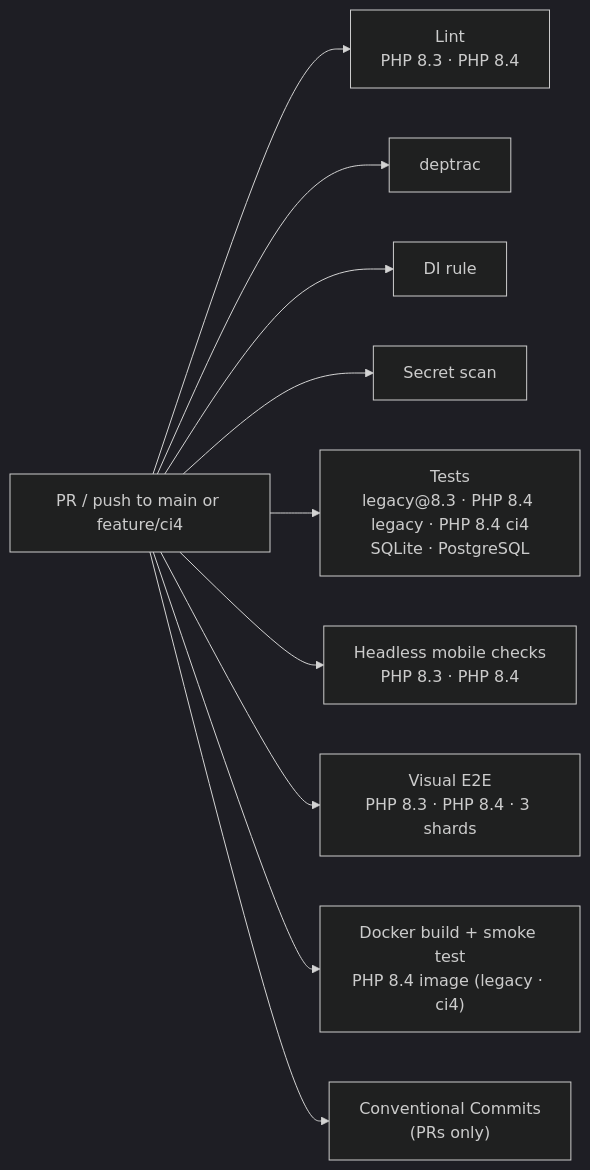
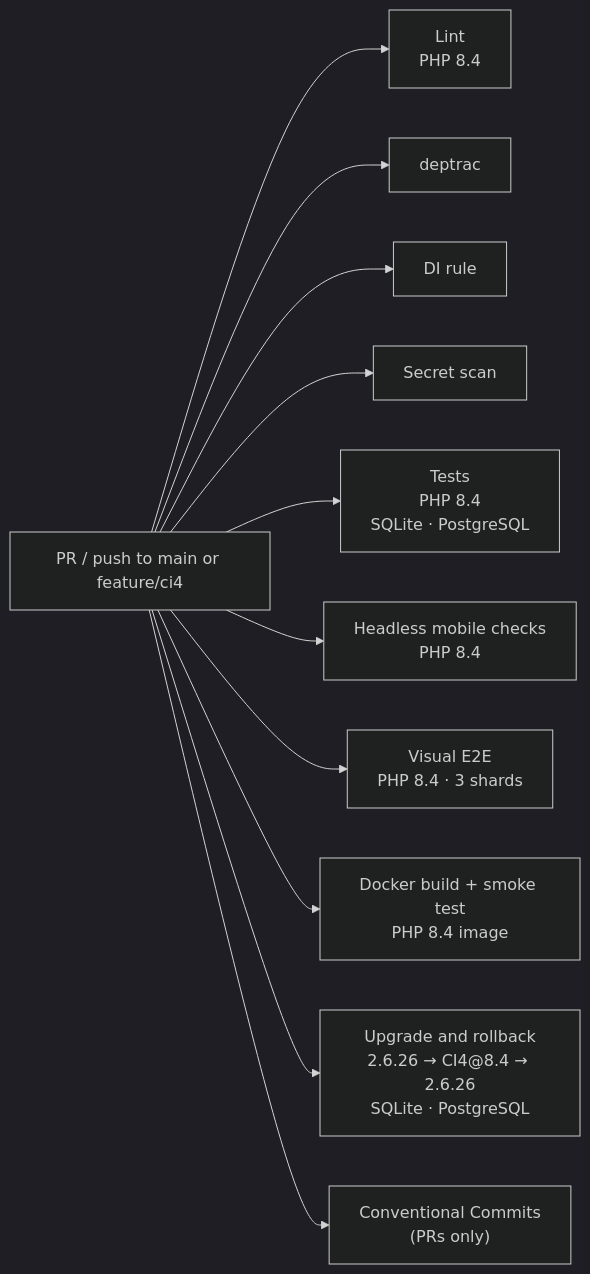
One commit to thordin9/apotheke changed the diagram in docs/ci.md. Above: the diagram before and after it, drawn with Mermaid (dark theme). The commit also changed other lines of this file and 11 other files, not shown here.

````diff
--- a/docs/ci.md
+++ b/docs/ci.md
@@ -12,12 +12,13 @@
 ```mermaid
 flowchart LR
-  push["PR / push to main or feature/ci4"] --> lint["Lint<br/>PHP 8.3 · PHP 8.4"]
+  push["PR / push to main or feature/ci4"] --> lint["Lint<br/>PHP 8.4"]
   push --> deptrac["deptrac"]
   push --> di["DI rule"]
   push --> secrets["Secret scan"]
-  push --> test["Tests<br/>legacy@8.3 · PHP 8.4 legacy · PHP 8.4 ci4<br/>SQLite · PostgreSQL"]
-  push --> mobile["Headless mobile checks<br/>PHP 8.3 · PHP 8.4"]
-  push --> e2e["Visual E2E<br/>PHP 8.3 · PHP 8.4 · 3 shards"]
-  push --> docker["Docker build + smoke test<br/>PHP 8.4 image (legacy · ci4)"]
+  push --> test["Tests<br/>PHP 8.4<br/>SQLite · PostgreSQL"]
+  push --> mobile["Headless mobile checks<br/>PHP 8.4"]
+  push --> e2e["Visual E2E<br/>PHP 8.4 · 3 shards"]
+  push --> docker["Docker build + smoke test<br/>PHP 8.4 image"]
+  push --> upgrade["Upgrade and rollback<br/>2.6.26 → CI4@8.4 → 2.6.26<br/>SQLite · PostgreSQL"]
   push --> commits["Conventional Commits<br/>(PRs only)"]
 ```
````
